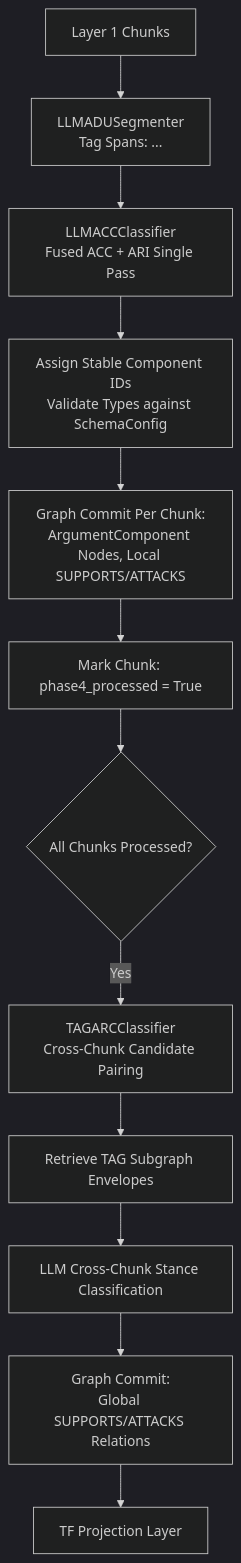
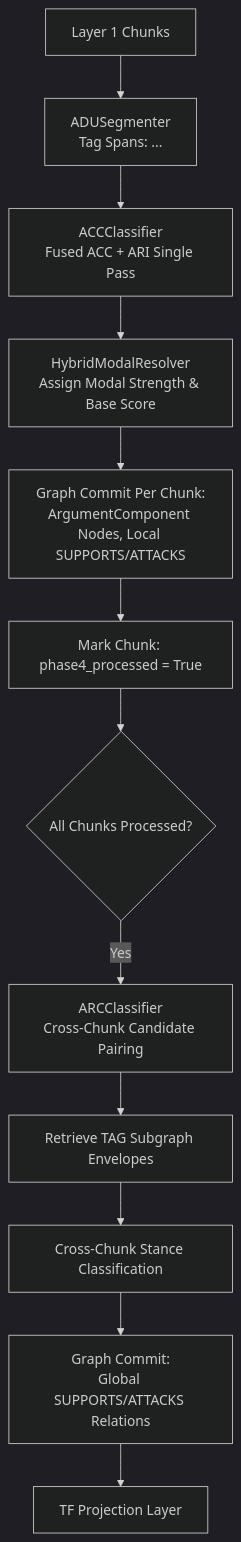
Before and after one commit to maxoem/EpistemeX: the diagram in docs/workflow/4_argument_mining/index.md, drawn with Mermaid (dark theme). The commit also changed other lines of this file and 15 other files, not shown here.

Commit message:
add(docs): adding workflow and architectural issues

````diff
--- a/docs/workflow/4_argument_mining/index.md
+++ b/docs/workflow/4_argument_mining/index.md
@@ -62,14 +62,14 @@
 ```mermaid
 flowchart TD
-    A[Layer 1 Chunks] --> B[LLMADUSegmenter<br>Tag Spans: <AC1>...</AC1>]
-    B --> C[LLMACCClassifier<br>Fused ACC + ARI Single Pass]
-    C --> D[Assign Stable Component IDs<br>Validate Types against SchemaConfig]
+    A[Layer 1 Chunks] --> B[ADUSegmenter<br>Tag Spans: <AC1>...</AC1>]
+    B --> C[ACCClassifier<br>Fused ACC + ARI Single Pass]
+    C --> D[HybridModalResolver<br>Assign Modal Strength & Base Score]
     D --> E[Graph Commit Per Chunk:<br>ArgumentComponent Nodes, Local SUPPORTS/ATTACKS]
     E --> F[Mark Chunk: phase4_processed = True]
     F --> G{All Chunks Processed?}
-    G -->|Yes| H[TAGARCClassifier<br>Cross-Chunk Candidate Pairing]
+    G -->|Yes| H[ARCClassifier<br>Cross-Chunk Candidate Pairing]
     H --> I[Retrieve TAG Subgraph Envelopes]
-    I --> J[LLM Cross-Chunk Stance Classification]
+    I --> J[Cross-Chunk Stance Classification]
     J --> K[Graph Commit:<br>Global SUPPORTS/ATTACKS Relations]
     K --> L[TF Projection Layer]
 ```
````
